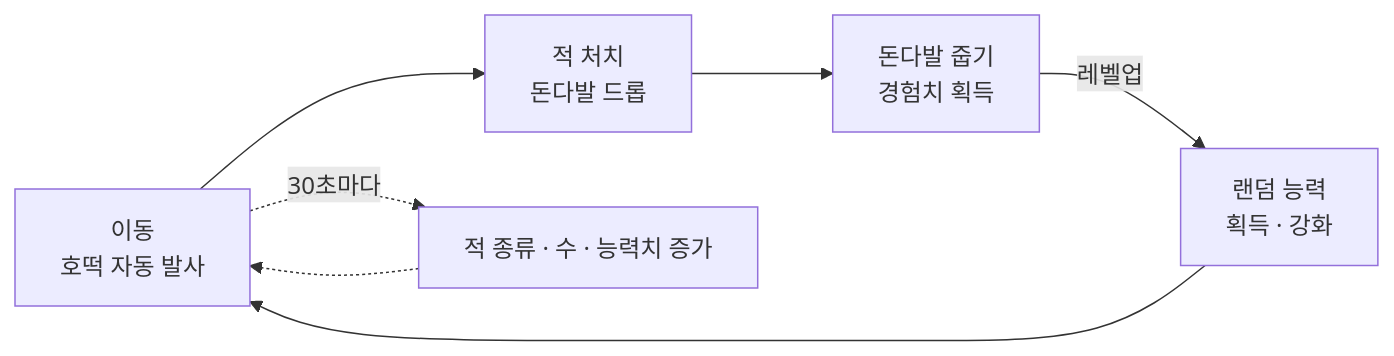
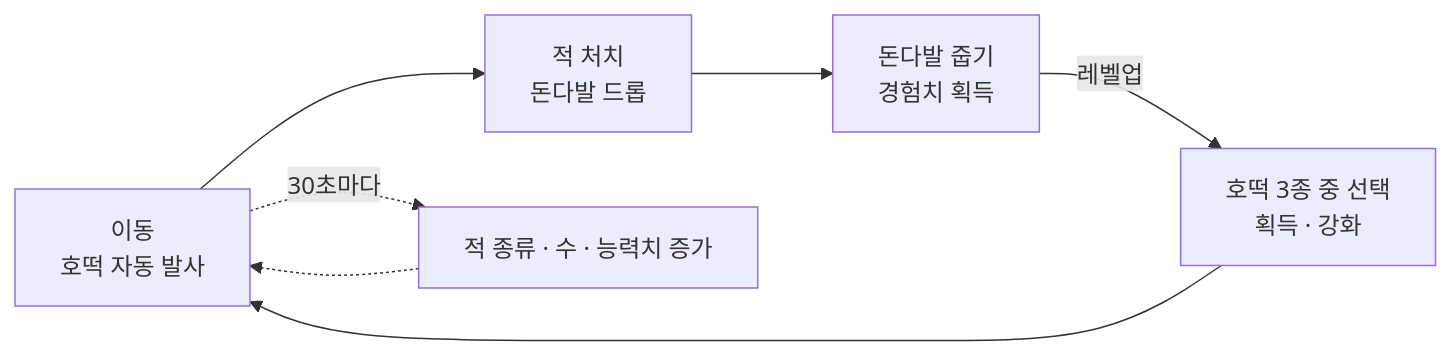
Before and after one commit to tmdrn17/portfolio: the first of 3 diagrams in src/03-hotteok-survivor/기술문서.md, drawn with Mermaid. The commit also changed other lines of this file and 18 other files, not shown here.

````diff
--- a/src/03-hotteok-survivor/기술문서.md
+++ b/src/03-hotteok-survivor/기술문서.md
@@ -31,9 +33,9 @@
 ```mermaid
 flowchart LR
   A["이동<br/>호떡 자동 발사"] --> B["적 처치<br/>돈다발 드롭"]
   B --> C["돈다발 줍기<br/>경험치 획득"]
-  C -->|레벨업| D["랜덤 능력<br/>획득 · 강화"]
+  C -->|레벨업| D["호떡 3종 중 선택<br/>획득 · 강화"]
   D --> A
   A -.->|"30초마다"| E["적 종류 · 수 · 능력치 증가"]
   E -.-> A
 ```
````
